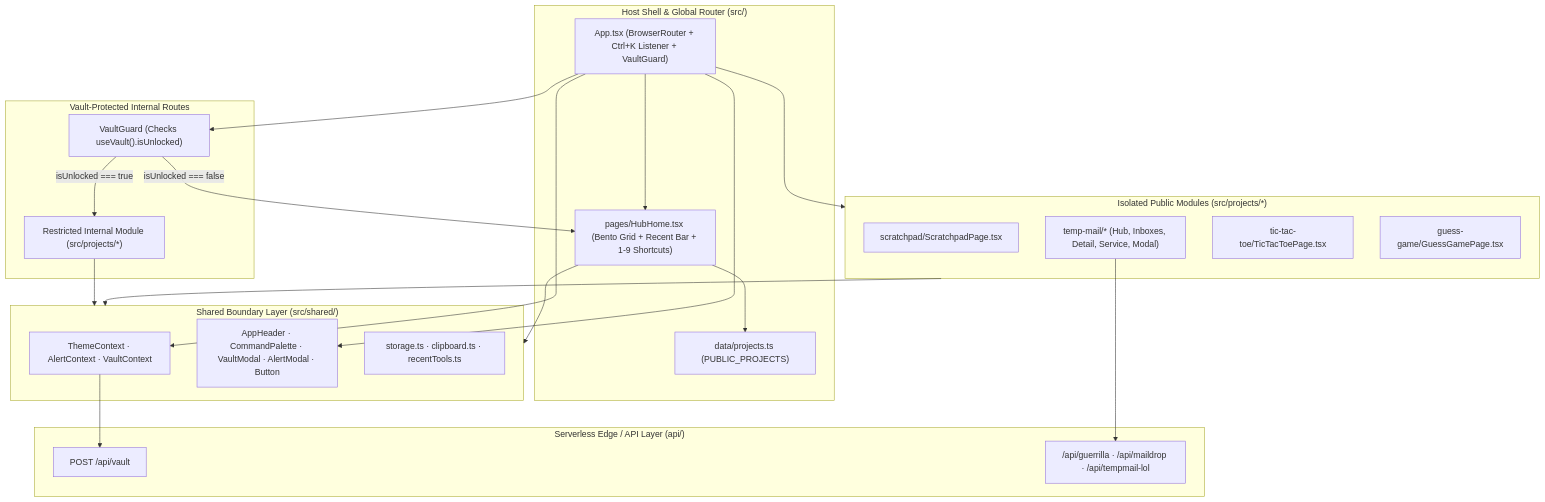
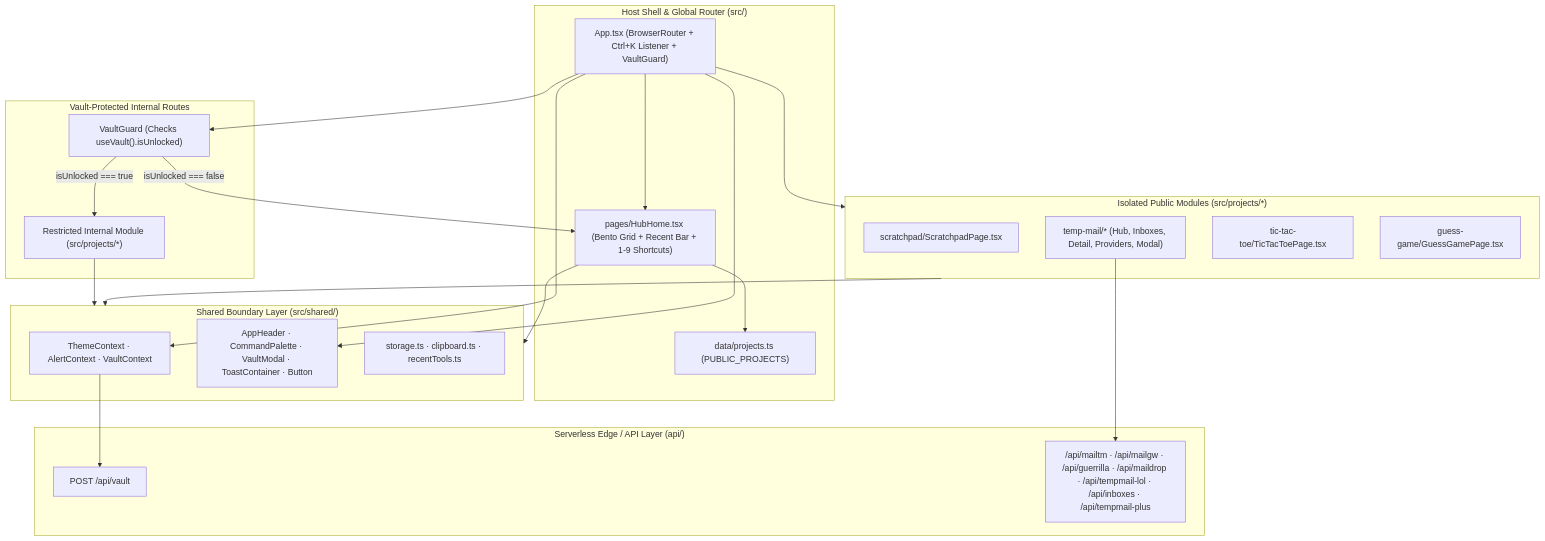
The diagram in docs/ARCHITECTURE.md (ANAS-2004-Cu/ANOUS-SPACE), drawn with Mermaid before and after one commit. The commit also changed other lines of this file and 32 other files, not shown here.

Commit message:
feat(temp-mail): add Mail.gw & verified providers, fix inbox delivery, replace modals with toasts

````diff
--- a/docs/ARCHITECTURE.md
+++ b/docs/ARCHITECTURE.md
@@ -13,45 +13,45 @@
 ```mermaid
 flowchart TD
   subgraph Shell["Host Shell & Global Router (src/)"]
     App["App.tsx (BrowserRouter + Ctrl+K Listener + VaultGuard)"]
     Hub["pages/HubHome.tsx (Bento Grid + Recent Bar + 1-9 Shortcuts)"]
     Registry["data/projects.ts (PUBLIC_PROJECTS)"]
   end
 
   subgraph Shared["Shared Boundary Layer (src/shared/)"]
     Contexts["ThemeContext · AlertContext · VaultContext"]
-    UI["AppHeader · CommandPalette · VaultModal · AlertModal · Button"]
+    UI["AppHeader · CommandPalette · VaultModal · ToastContainer · Button"]
     Utils["storage.ts · clipboard.ts · recentTools.ts"]
   end
 
   subgraph PublicModules["Isolated Public Modules (src/projects/*)"]
     Scratchpad["scratchpad/ScratchpadPage.tsx"]
-    TempMail["temp-mail/* (Hub, Inboxes, Detail, Service, Modal)"]
+    TempMail["temp-mail/* (Hub, Inboxes, Detail, Providers, Modal)"]
     TicTacToe["tic-tac-toe/TicTacToePage.tsx"]
     GuessGame["guess-game/GuessGamePage.tsx"]
   end
 
   subgraph GuardedRoutes["Vault-Protected Internal Routes"]
     Guard["VaultGuard (Checks useVault().isUnlocked)"]
     PrivateModule["Restricted Internal Module (src/projects/*)"]
   end
 
   subgraph Serverless["Serverless Edge / API Layer (api/)"]
     VaultAPI["POST /api/vault"]
-    Proxies["/api/guerrilla · /api/maildrop · /api/tempmail-lol"]
+    Proxies["/api/mailtm · /api/mailgw · /api/guerrilla · /api/maildrop · /api/tempmail-lol · /api/inboxes · /api/tempmail-plus"]
   end
 
   App --> Contexts
   App --> UI
   App --> Hub
   App --> PublicModules
   App --> Guard
   Guard -->|"isUnlocked === true"| PrivateModule
   Guard -->|"isUnlocked === false"| Hub
   Hub --> Registry
   Hub --> Shared
   PublicModules --> Shared
   PrivateModule --> Shared
   Contexts --> VaultAPI
   TempMail --> Proxies
 ```
````
